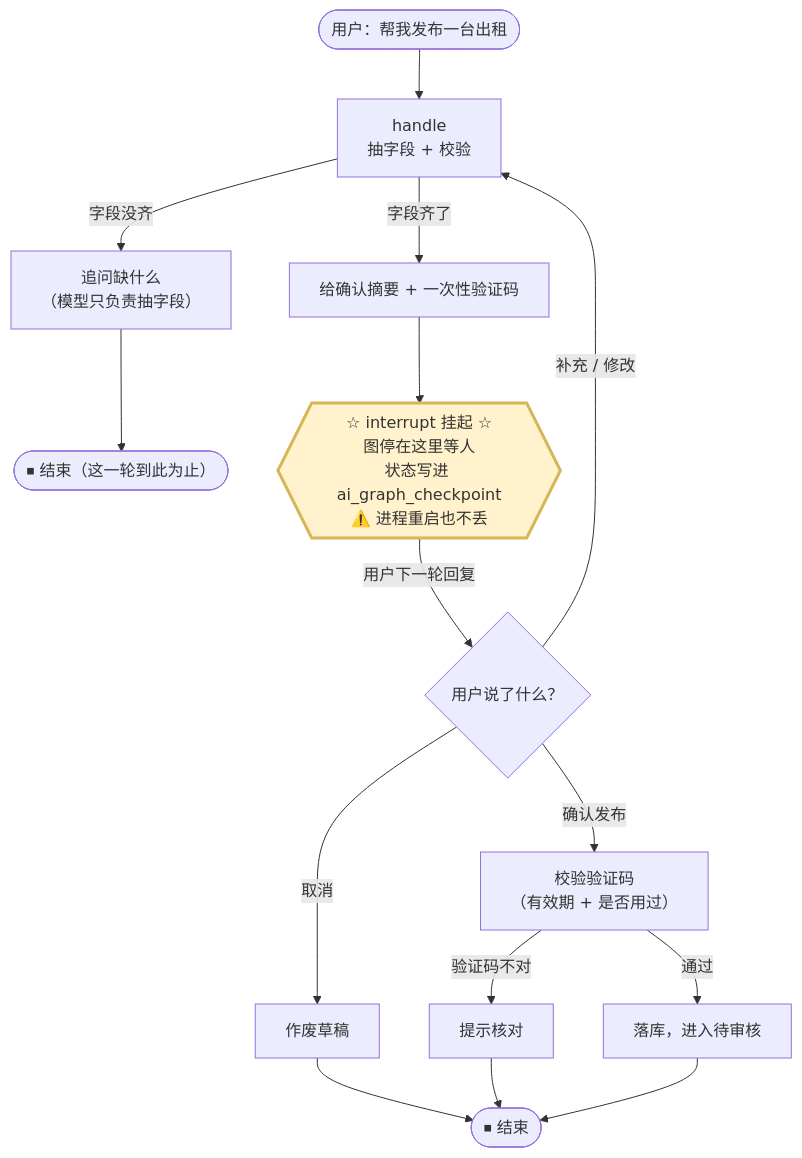
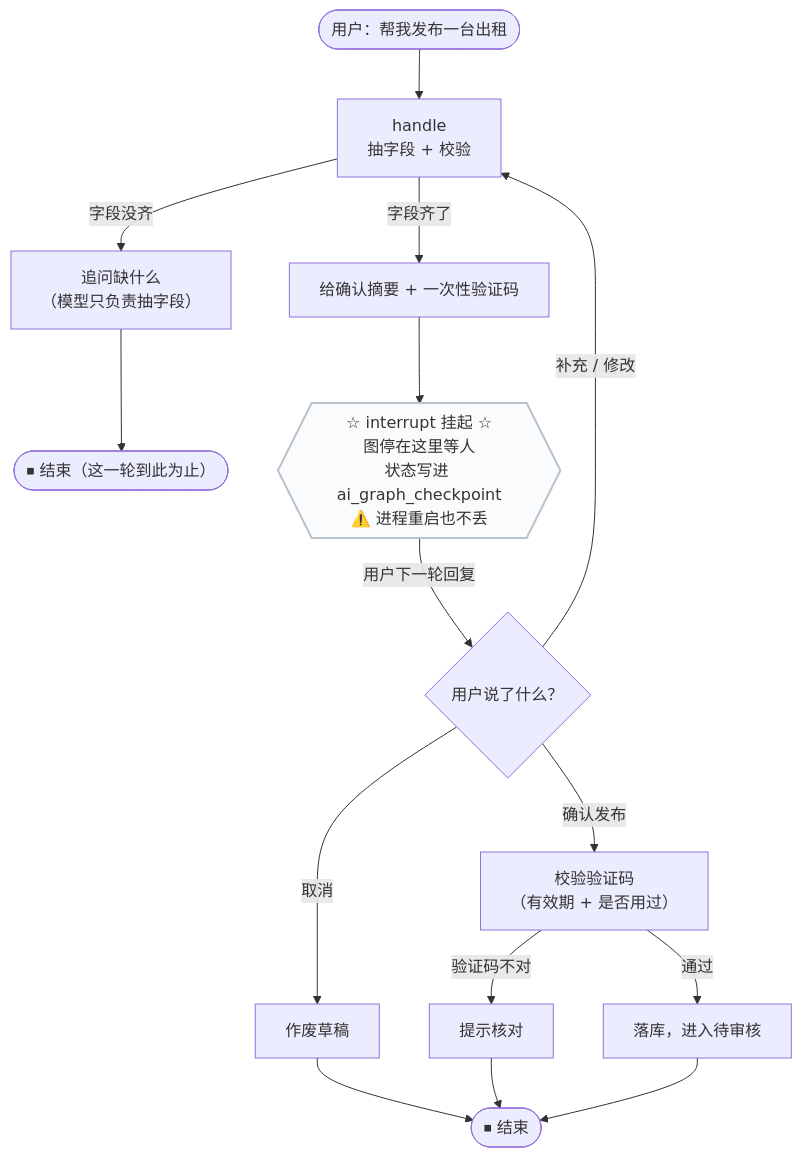
Before and after one commit to Melody022/Helper-agent: the fourth of 5 diagrams in docs/架构图.md, drawn with Mermaid. The commit also changed other lines of this file and 5 other files, not shown here.

First line of the commit message:
架构图改画风：白底细灰边深色字，去掉花哨色块

````diff
--- a/docs/架构图.md
+++ b/docs/架构图.md
@@ -147,23 +150,23 @@
 ```mermaid
 flowchart TD
     U(["用户：帮我发布一台出租"]) --> H
 
     H["handle<br/>抽字段 + 校验"]
     H -->|"字段没齐"| ASK["追问缺什么<br/>（模型只负责抽字段）"]
     ASK --> E1(["⏹ 结束（这一轮到此为止）"])
 
     H -->|"字段齐了"| SUM["给确认摘要 + 一次性验证码"]
     SUM --> INT{{"☆ interrupt 挂起 ☆<br/>图停在这里等人<br/>状态写进 ai_graph_checkpoint<br/>⚠️ 进程重启也不丢"}}
 
     INT -->|"用户下一轮回复"| BR{"用户说了什么？"}
     BR -->|"取消"| CN["作废草稿"]
     BR -->|"补充 / 修改"| H
     BR -->|"确认发布"| W["校验验证码<br/>（有效期 + 是否用过）"]
     W -->|"验证码不对"| WARN["提示核对"]
     W -->|"通过"| WRITE["落库，进入待审核"]
     CN --> E2(["⏹ 结束"])
     WARN --> E2
     WRITE --> E2
 
-    style INT fill:#fff2cc,stroke:#d6b656,stroke-width:3px
+    style INT fill:#fafbfc,stroke:#b9c2cc,stroke-width:2px
 ```
````
